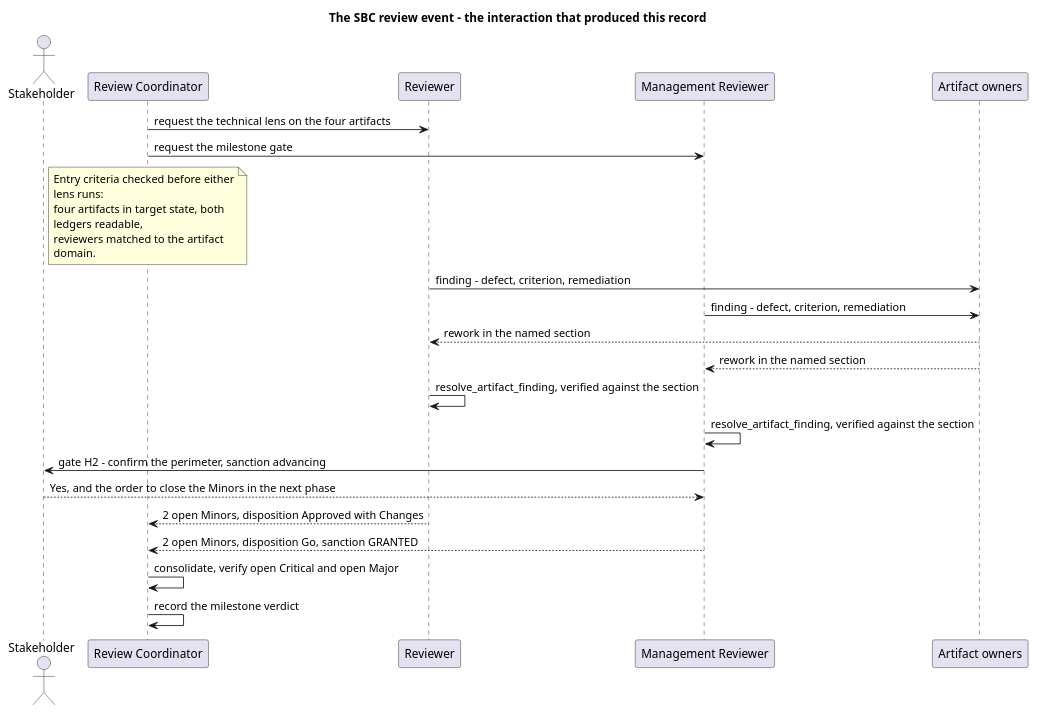
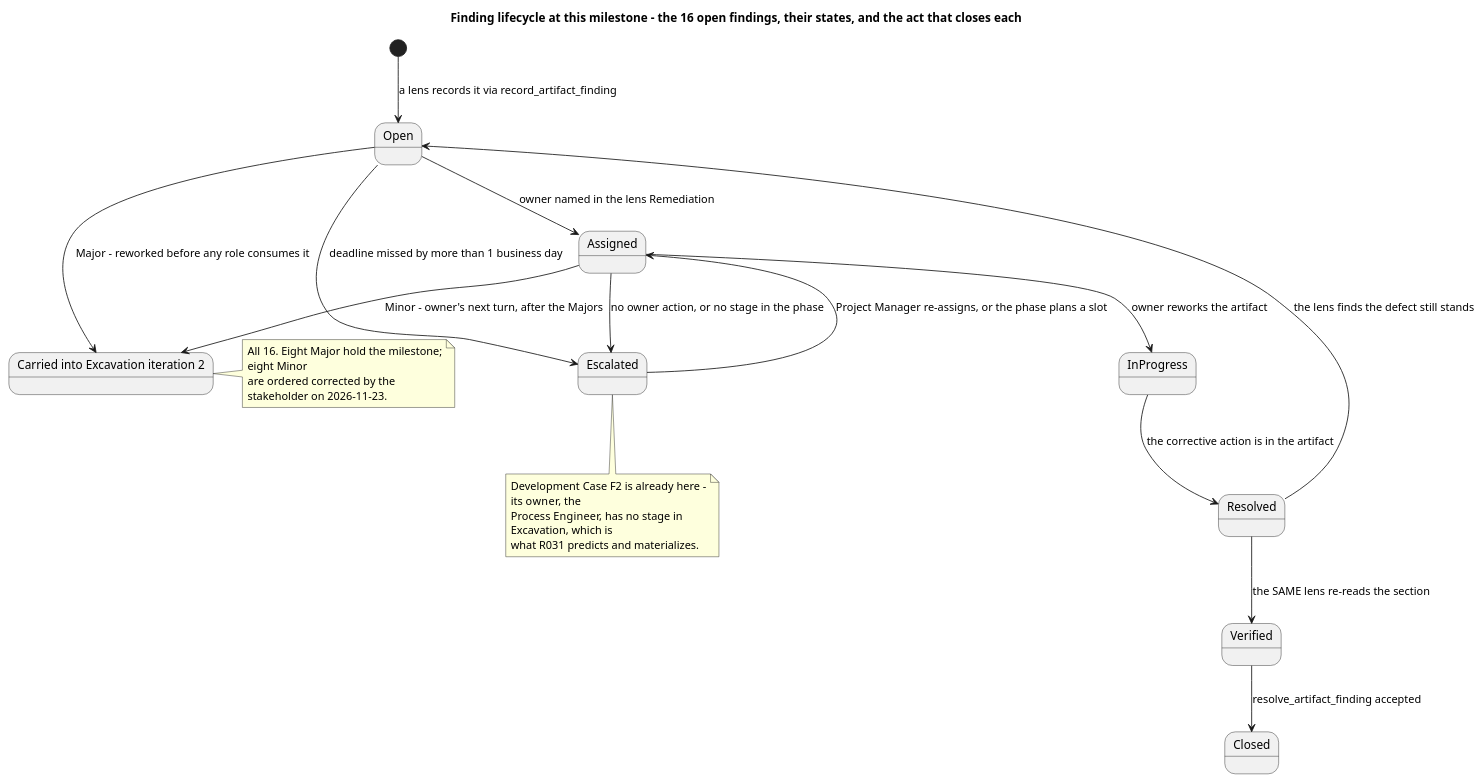
Before and after one commit to banense-test/TodoApp: the third of 12 diagrams in docs/artifacts/project-management/review-record.md, drawn with PlantUML. The commit also changed other lines of this file, not shown here.

First line of the commit message:
Review Coordinator [Excavation1]: upsert Review Record

````diff
--- a/docs/artifacts/project-management/review-record.md
+++ b/docs/artifacts/project-management/review-record.md
@@ -279,34 +301,36 @@
 ```plantuml
 @startuml
-title The SBC review event - the interaction that produced this record
+title Finding lifecycle at this milestone - the 16 open findings, their states, and the act that closes each
+
 skinparam shadowing false
-skinparam sequenceMessageAlign left
-skinparam wrapWidth 235
+skinparam wrapWidth 240
 
-actor "Stakeholder" as SH
-participant "Review Coordinator" as RC
-participant "Reviewer" as RV
-participant "Management Reviewer" as MR
-participant "Artifact owners" as OW
+[*] --> Open : a lens records it via record_artifact_finding
+Open --> Assigned : owner named in the lens Remediation
+Assigned --> InProgress : owner reworks the artifact
+InProgress --> Resolved : the corrective action is in the artifact
+Resolved --> Verified : the SAME lens re-reads the section
+Verified --> Closed : resolve_artifact_finding accepted
+Resolved --> Open : the lens finds the defect still stands
 
-RC -> RV : request the technical lens on the four artifacts
-RC -> MR : request the milestone gate
-note over RC
-  Entry criteria checked before either lens runs:
-  four artifacts in target state, both ledgers readable,
-  reviewers matched to the artifact domain.
+state "Escalated" as ESC
+Open --> ESC : deadline missed by more than 1 business day
+Assigned --> ESC : no owner action, or no stage in the phase
+ESC --> Assigned : Project Manager re-assigns, or the phase plans a slot
+
+state "Carried into Excavation iteration 2" as CARRY
+Open --> CARRY : Major - reworked before any role consumes it
+Assigned --> CARRY : Minor - owner's next turn, after the Majors
+
+note right of CARRY
+  All 16. Eight Major hold the milestone; eight Minor
+  are ordered corrected by the stakeholder on 2026-11-23.
 end note
-RV -> OW : finding - defect, criterion, remediation
-MR -> OW : finding - defect, criterion, remediation
-OW --> RV : rework in the named section
-OW --> MR : rework in the named section
-RV -> RV : resolve_artifact_finding, verified against the section
-MR -> MR : resolve_artifact_finding, verified against the section
-MR -> SH : gate H2 - confirm the perimeter, sanction advancing
-SH --> MR : Yes, and the order to close the Minors in the next phase
-RV --> RC : 2 open Minors, disposition Approved with Changes
-MR --> RC : 2 open Minors, disposition Go, sanction GRANTED
-RC -> RC : consolidate, verify open Critical and open Major
-RC -> RC : record the milestone verdict
+note bottom of ESC
+  Development Case F2 is already here - its owner, the
+  Process Engineer, has no stage in Excavation, which is
+  what R031 predicts and materializes.
+end note
+
 @enduml
 ```
````
